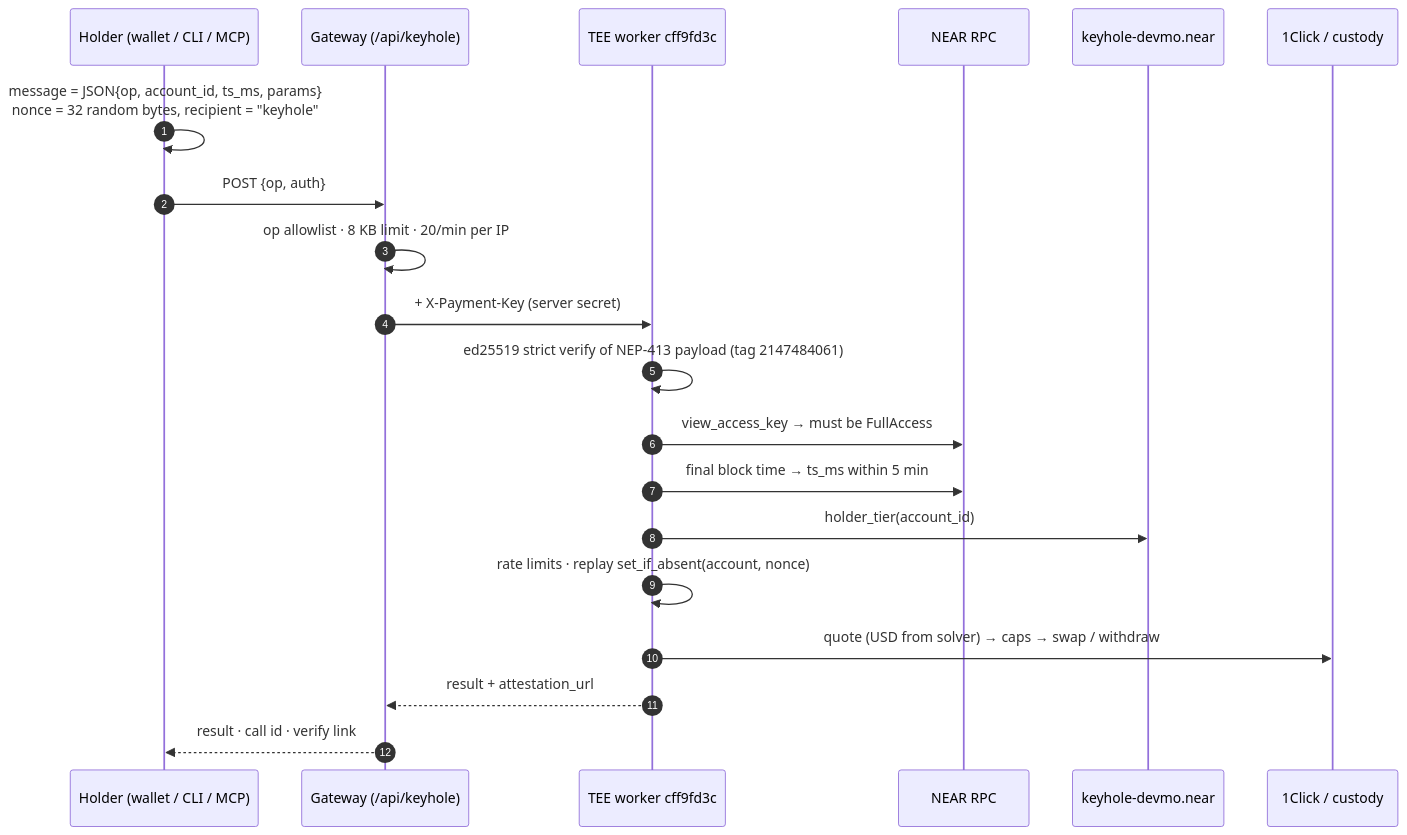
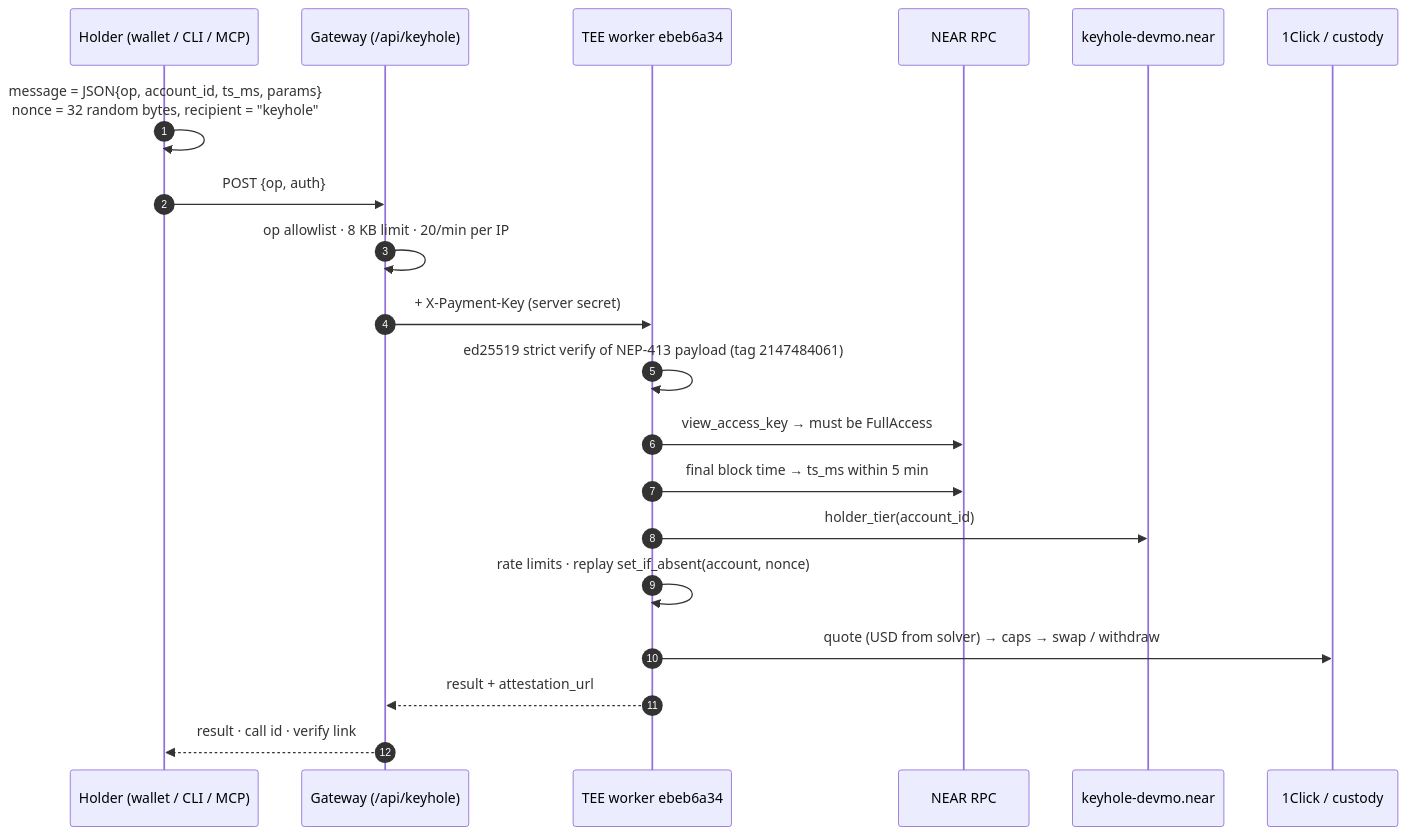
Before and after one commit to mohamedwael201193/keyhole: the second of 2 diagrams in README.md, drawn with Mermaid. The commit also changed other lines of this file and 24 other files, not shown here.

First line of the commit message:
chore(identity): worker ebeb6a34 live with pinned 5650a6b7 evidence (#135)

````diff
--- a/README.md
+++ b/README.md
@@ -268,22 +269,22 @@
 ```mermaid
 sequenceDiagram
   autonumber
   participant U as Holder (wallet / CLI / MCP)
   participant G as Gateway (/api/keyhole)
-  participant T as TEE worker cff9fd3c
+  participant T as TEE worker ebeb6a34
   participant R as NEAR RPC
   participant K as keyhole-devmo.near
   participant X as 1Click / custody
   U->>U: message = JSON{op, account_id, ts_ms, params}<br/>nonce = 32 random bytes, recipient = "keyhole"
   U->>G: POST {op, auth}
   G->>G: op allowlist · 8 KB limit · 20/min per IP
   G->>T: + X-Payment-Key (server secret)
   T->>T: ed25519 strict verify of NEP-413 payload (tag 2147484061)
   T->>R: view_access_key → must be FullAccess
   T->>R: final block time → ts_ms within 5 min
   T->>K: holder_tier(account_id)
   T->>T: rate limits · replay set_if_absent(account, nonce)
   T->>X: quote (USD from solver) → caps → swap / withdraw
   T-->>G: result + attestation_url
   G-->>U: result · call id · verify link
 ```
````
